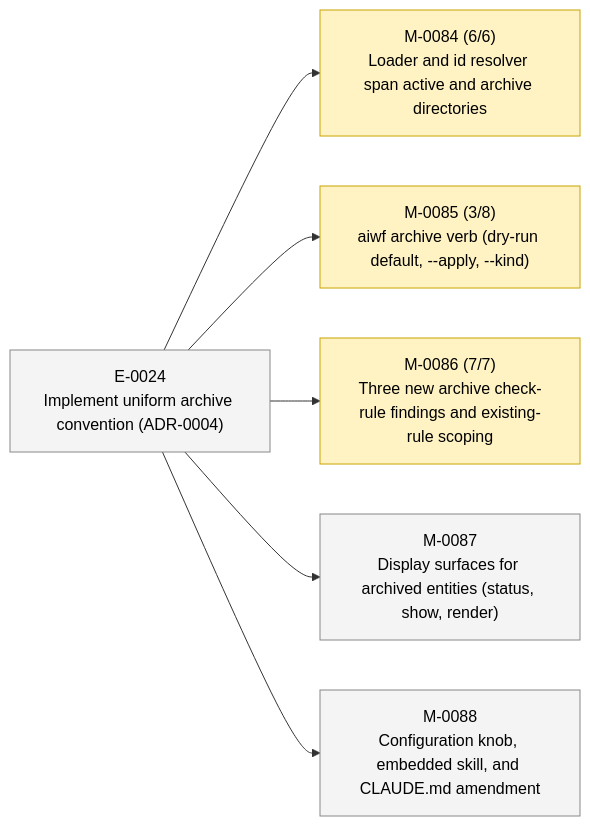
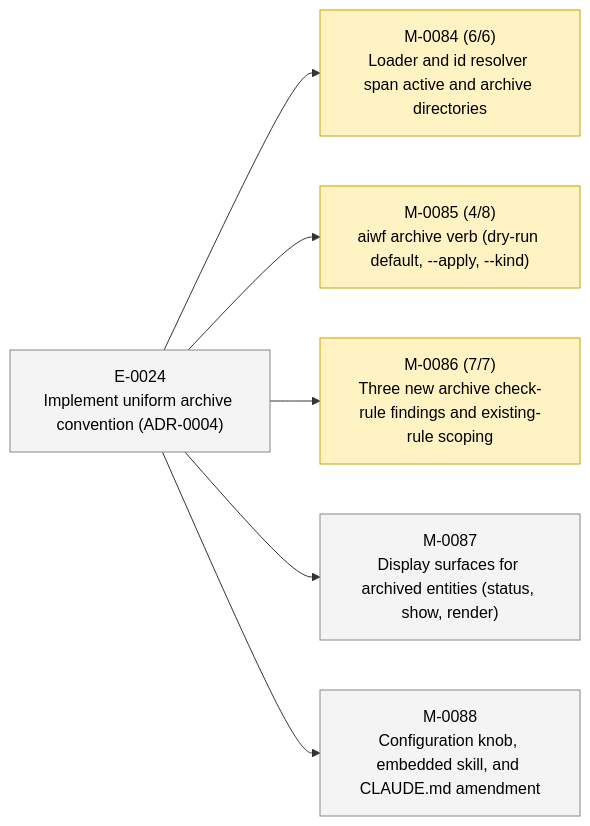
Before and after one commit to 23min/aiwf: the second of 2 diagrams in STATUS.md, drawn with Mermaid. The commit also changed other lines of this file and 1 other file, not shown here.

First line of the commit message:
aiwf promote M-0085/AC-4 open -> met

````diff
--- a/STATUS.md
+++ b/STATUS.md
@@ -49,20 +49,20 @@
 ```mermaid
 flowchart LR
   E_0024["E-0024<br/>Implement uniform archive convention (ADR-0004)"]:::epic_proposed
   M_0084["M-0084 (6/6)<br/>Loader and id resolver span active and archive directories"]:::ms_in_progress
   E_0024 --> M_0084
-  M_0085["M-0085 (3/8)<br/>aiwf archive verb (dry-run default, --apply, --kind)"]:::ms_in_progress
+  M_0085["M-0085 (4/8)<br/>aiwf archive verb (dry-run default, --apply, --kind)"]:::ms_in_progress
   E_0024 --> M_0085
   M_0086["M-0086 (7/7)<br/>Three new archive check-rule findings and existing-rule scoping"]:::ms_in_progress
   E_0024 --> M_0086
   M_0087["M-0087<br/>Display surfaces for archived entities (status, show, render)"]:::ms_draft
   E_0024 --> M_0087
   M_0088["M-0088<br/>Configuration knob, embedded skill, and CLAUDE.md amendment"]:::ms_draft
   E_0024 --> M_0088
   classDef epic_active fill:#d6eaff,stroke:#1a73e8,color:#000
   classDef epic_proposed fill:#f4f4f4,stroke:#888,color:#000
   classDef ms_done fill:#d8f5d8,stroke:#2a8a2a,color:#000
   classDef ms_in_progress fill:#fff3c4,stroke:#caa400,color:#000
   classDef ms_draft fill:#f4f4f4,stroke:#888,color:#000
   classDef ms_cancelled fill:#fbeaea,stroke:#c33,color:#000
 ```
````
